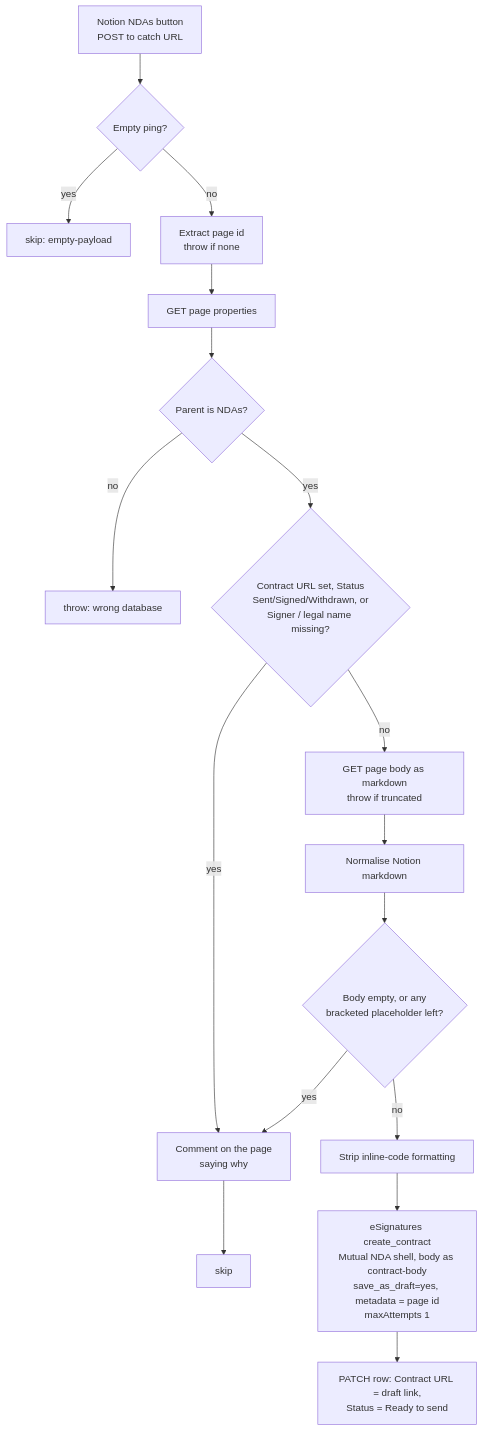
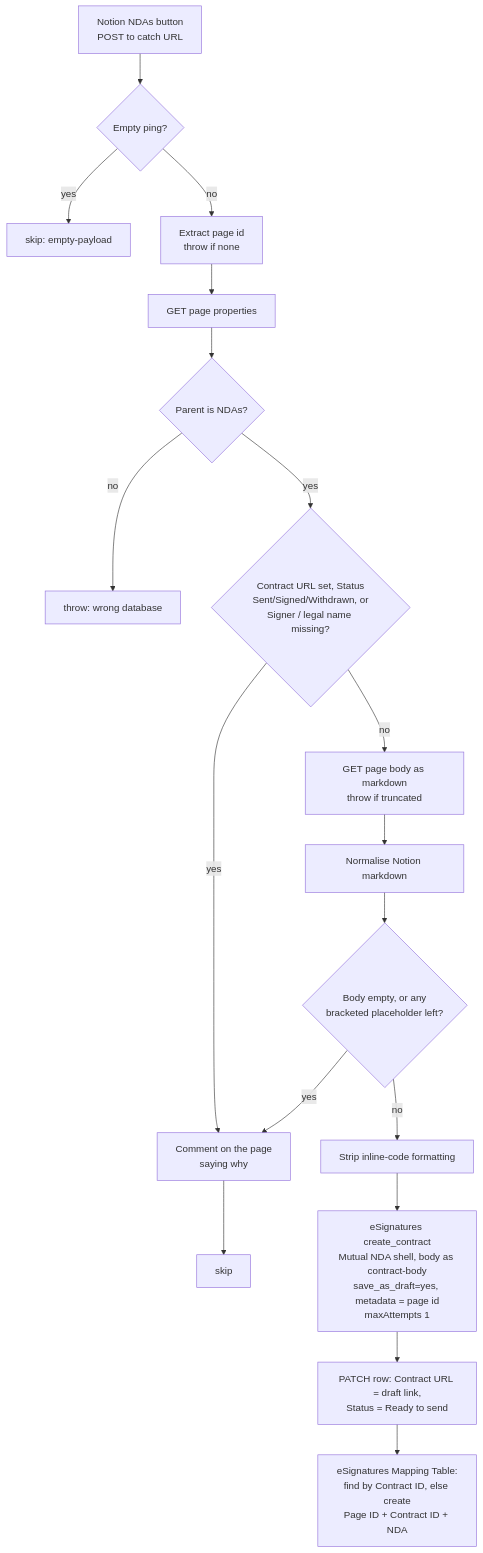
One commit to work-flowers/zapier-sdk changed the diagram in notion-nda-to-esignatures-draft/README.md. Above: the diagram before and after it, drawn with Mermaid. The commit also changed other lines of this file and 10 other files, not shown here.

````diff
--- a/notion-nda-to-esignatures-draft/README.md
+++ b/notion-nda-to-esignatures-draft/README.md
@@ -26,18 +26,19 @@
 ```mermaid
 flowchart TD
     A[Notion NDAs button<br/>POST to catch URL] --> B{Empty ping?}
     B -- yes --> Z1[skip: empty-payload]
     B -- no --> C[Extract page id<br/>throw if none]
     C --> D[GET page properties]
     D --> E{Parent is NDAs?}
     E -- no --> Z2[throw: wrong database]
     E -- yes --> F{Contract URL set, Status<br/>Sent/Signed/Withdrawn, or<br/>Signer / legal name missing?}
     F -- no --> G[GET page body as markdown<br/>throw if truncated]
     G --> H[Normalise Notion markdown]
     H --> I{Body empty, or any<br/>bracketed placeholder left?}
     F -- yes --> K[Comment on the page<br/>saying why] --> Z3[skip]
     I -- yes --> K
     I -- no --> J[Strip inline-code formatting]
     J --> L[eSignatures create_contract<br/>Mutual NDA shell, body as contract-body<br/>save_as_draft=yes, metadata = page id<br/>maxAttempts 1]
     L --> M[PATCH row: Contract URL = draft link,<br/>Status = Ready to send]
+    M --> N[eSignatures Mapping Table:<br/>find by Contract ID, else create<br/>Page ID + Contract ID + NDA]
 ```
````
